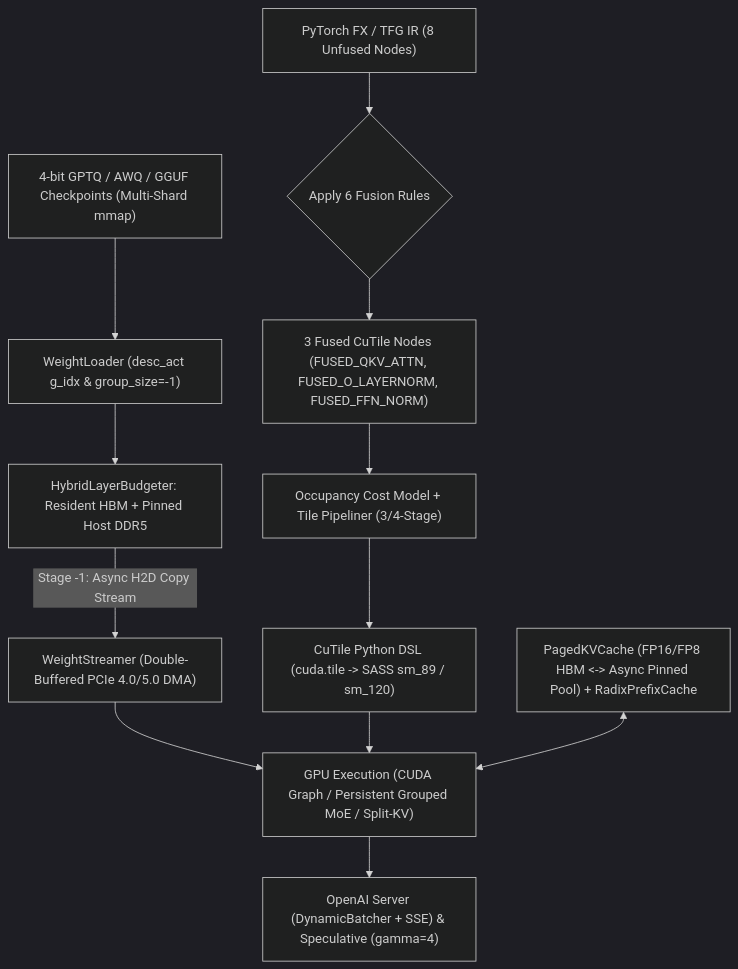
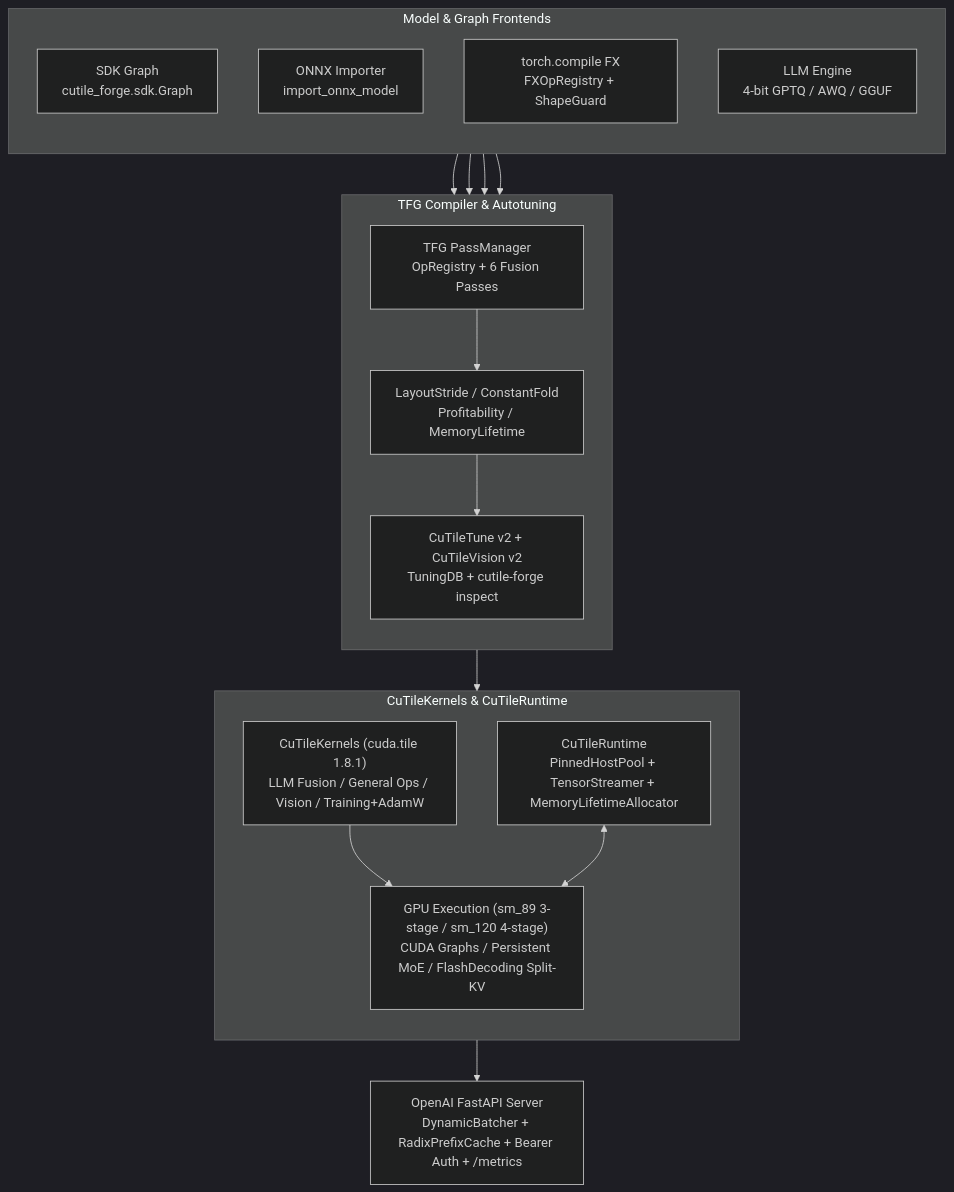
The first of 3 diagrams in README.md (samudragupto/cutile-forge), drawn with Mermaid (dark theme) before and after one commit. The commit also changed other lines of this file and 15 other files, not shown here.

Commit message:
release: v2.0.0 — general CuTile compiler, SDK, training/vision, runtime, FX backend, 214 tests

````diff
--- a/README.md
+++ b/README.md
@@ -47,16 +48,36 @@
 ```mermaid
 flowchart TD
-    W["4-bit GPTQ / AWQ / GGUF Checkpoints (Multi-Shard mmap)"] --> L["WeightLoader (desc_act g_idx & group_size=-1)"]
-    L --> DDR5["HybridLayerBudgeter: Resident HBM + Pinned Host DDR5"]
-    DDR5 -->|"Stage -1: Async H2D Copy Stream"| WS["WeightStreamer (Double-Buffered PCIe 4.0/5.0 DMA)"]
+    subgraph Frontends["Model & Graph Frontends"]
+        direction TB
+        FE1["SDK Graph<br/>cutile_forge.sdk.Graph"]
+        FE2["ONNX Importer<br/>import_onnx_model"]
+        FE3["torch.compile FX<br/>FXOpRegistry + ShapeGuard"]
+        FE4["LLM Engine<br/>4-bit GPTQ / AWQ / GGUF"]
+    end
 
-    G["PyTorch FX / TFG IR (8 Unfused Nodes)"] --> R{"Apply 6 Fusion Rules"}
-    R --> F["3 Fused CuTile Nodes (FUSED_QKV_ATTN, FUSED_O_LAYERNORM, FUSED_FFN_NORM)"]
-    F --> P["Occupancy Cost Model + Tile Pipeliner (3/4-Stage)"]
-    P --> C["CuTile Python DSL (cuda.tile -> SASS sm_89 / sm_120)"]
+    FE1 --> PM
+    FE2 --> PM
+    FE3 --> PM
+    FE4 --> PM
 
-    WS --> EXEC["GPU Execution (CUDA Graph / Persistent Grouped MoE / Split-KV)"]
-    C --> EXEC
-    KV["PagedKVCache (FP16/FP8 HBM <-> Async Pinned Pool) + RadixPrefixCache"] <--> EXEC
-    EXEC --> OUT["OpenAI Server (DynamicBatcher + SSE) & Speculative (gamma=4)"]
+    subgraph Compiler["TFG Compiler & Autotuning"]
+        direction TB
+        PM["TFG PassManager<br/>OpRegistry + 6 Fusion Passes"]
+        OPT["LayoutStride / ConstantFold<br/>Profitability / MemoryLifetime"]
+        VIS["CuTileTune v2 + CuTileVision v2<br/>TuningDB + cutile-forge inspect"]
+        PM --> OPT --> VIS
+    end
+
+    VIS --> KRN
+
+    subgraph RuntimeExec["CuTileKernels & CuTileRuntime"]
+        direction TB
+        KRN["CuTileKernels (cuda.tile 1.8.1)<br/>LLM Fusion / General Ops / Vision / Training+AdamW"]
+        RT["CuTileRuntime<br/>PinnedHostPool + TensorStreamer + MemoryLifetimeAllocator"]
+        EXEC["GPU Execution (sm_89 3-stage / sm_120 4-stage)<br/>CUDA Graphs / Persistent MoE / FlashDecoding Split-KV"]
+        KRN --> EXEC
+        RT <--> EXEC
+    end
+
+    EXEC --> SRV["OpenAI FastAPI Server<br/>DynamicBatcher + RadixPrefixCache + Bearer Auth + /metrics"]
 ```
````
